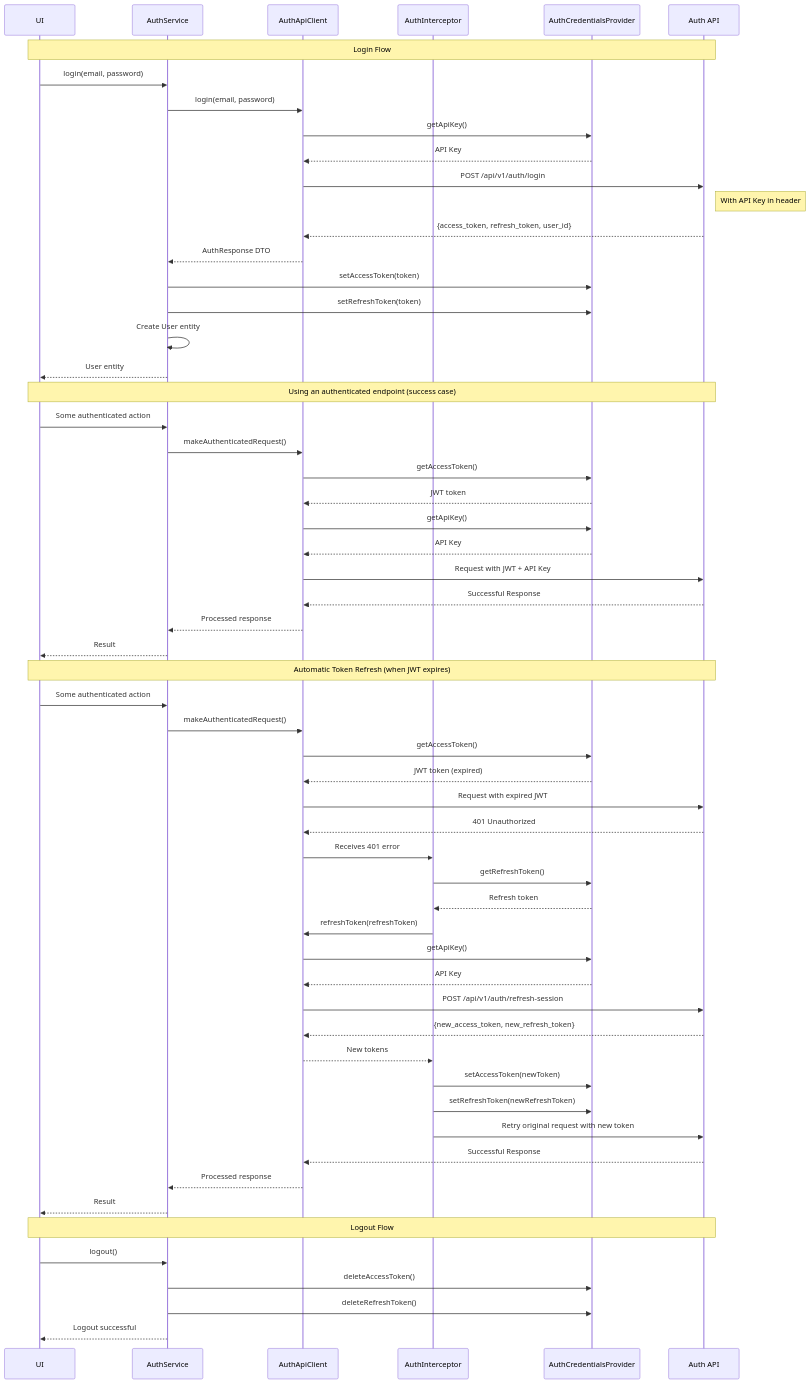
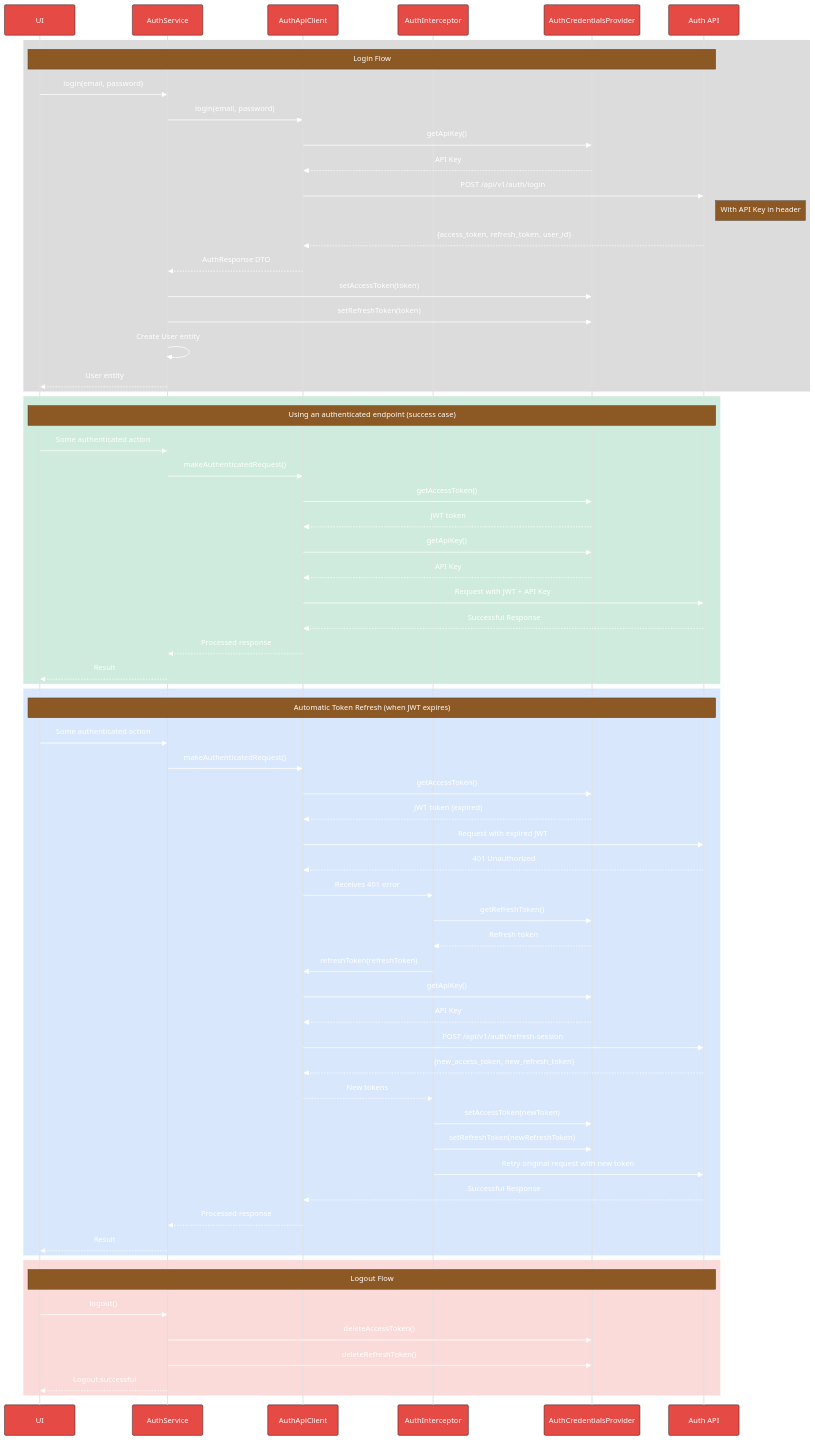
The third of 3 diagrams in docs/fresh-start/architecture.md (MediScribe/docjet-mobile), drawn with Mermaid before and after one commit. The commit also changed other lines of this file, not shown here.

First line of the commit message:
improve diagram contrast with consistent color scheme

````diff
--- a/docs/fresh-start/architecture.md
+++ b/docs/fresh-start/architecture.md
@@ -101,4 +104,15 @@
 ```mermaid
+%%{init: {'theme': 'base', 'themeVariables': { 
+  'primaryColor': '#E64A45', 
+  'primaryTextColor': '#fff', 
+  'primaryBorderColor': '#222', 
+  'lineColor': '#4285F4', 
+  'secondaryColor': '#0F9D58', 
+  'tertiaryColor': '#9E9E9E',
+  'actorLineColor': '#e0e0e0',
+  'noteBkgColor': '#8C5824',      
+  'noteTextColor': '#fff'       
+}}}%%
 sequenceDiagram
     participant UI as UI
     participant AuthSvc as AuthService
@@ -108,6 +122,7 @@
     participant API as Auth API
 
     %% Login Flow
+    rect rgb(80, 80, 80, 0.2)
     Note over UI,API: Login Flow
     UI->>AuthSvc: login(email, password)
     AuthSvc->>ApiClient: login(email, password)
@@ -121,8 +136,10 @@
     AuthSvc->>CredProvider: setRefreshToken(token)
     AuthSvc->>AuthSvc: Create User entity
     AuthSvc-->>UI: User entity
+    end
     
     %% Using an authenticated endpoint (success)
+    rect rgb(15, 157, 88, 0.2)
     Note over UI,API: Using an authenticated endpoint (success case)
     UI->>AuthSvc: Some authenticated action
     AuthSvc->>ApiClient: makeAuthenticatedRequest()
@@ -134,8 +151,10 @@
     API-->>ApiClient: Successful Response
     ApiClient-->>AuthSvc: Processed response
     AuthSvc-->>UI: Result
+    end
     
     %% Token Refresh Flow (automatic)
+    rect rgb(66, 133, 244, 0.2)
     Note over UI,API: Automatic Token Refresh (when JWT expires)
     UI->>AuthSvc: Some authenticated action
     AuthSvc->>ApiClient: makeAuthenticatedRequest()
@@ -158,11 +177,14 @@
     API-->>ApiClient: Successful Response
     ApiClient-->>AuthSvc: Processed response
     AuthSvc-->>UI: Result
+    end
     
     %% Logout Flow
+    rect rgb(230, 74, 69, 0.2)
     Note over UI,API: Logout Flow
     UI->>AuthSvc: logout()
     AuthSvc->>CredProvider: deleteAccessToken()
     AuthSvc->>CredProvider: deleteRefreshToken()
     AuthSvc-->>UI: Logout successful
+    end
 ```
````
